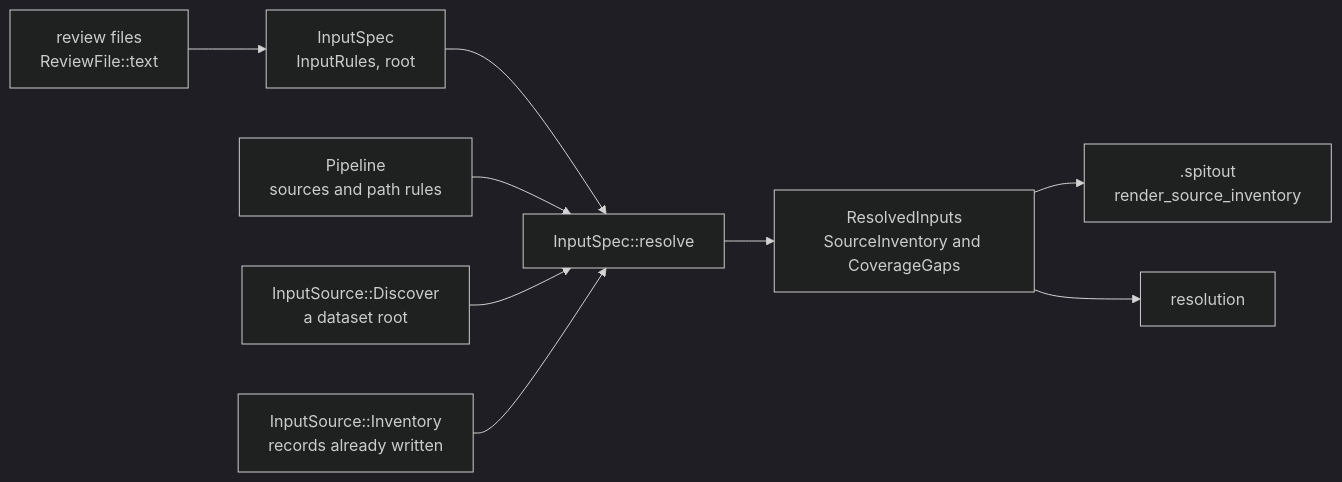
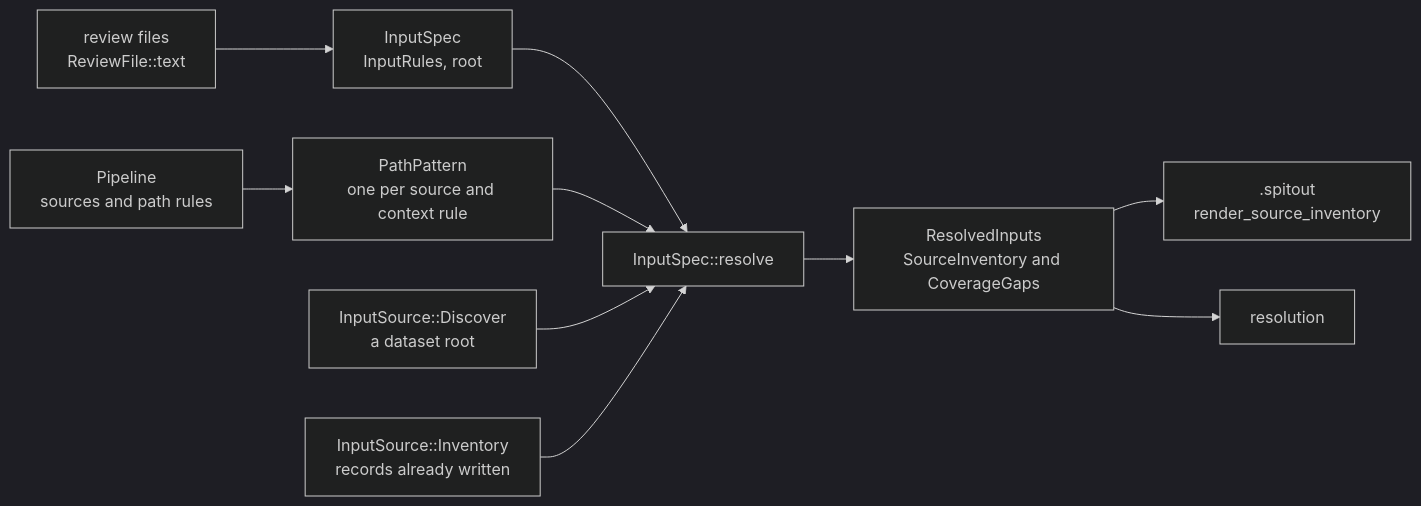
One commit to eclnz/spit changed the diagram in docs/architecture/inputs.md. Above: the diagram before and after it, drawn with Mermaid (dark theme). The commit also changed other lines of this file and 1 other file, not shown here.

Commit message:
Describe the compiled PathPattern in the binding and inputs pages
The binding and inputs pages described a product's path template as read
separately by binding and by discovery. Both now name PathPattern: binding.md
shows it feeding PathBinder, with render, match_path and Gap under Data, and
the round-trip invariant says both sides read one pattern. inputs.md shows it
compiled once per source, context and output rule, and lists the
value-character rule as an invariant with the test that checks it.

The speed check passed against a release build of 1cfa01b, and output on
every example is byte-for-byte the same (dag --json, check --json, inputs):

  pipeline, 2000 steps   check   --json   --hovers
    old                   16.4     16.7      34.2
    new                   16.4     16.4      34.1

  dataset, 1000 subjects  inputs    dag   check
    old                    75.9   149.1     3.5
    new                    74.5   149.4     3.4

````diff
--- a/docs/architecture/inputs.md
+++ b/docs/architecture/inputs.md
@@ -5,11 +5,12 @@
 ```mermaid
 flowchart LR
     spec["InputSpec<br/>InputRules, root"] --> resolve["InputSpec::resolve"]
     files["review files<br/>ReviewFile::text"] --> spec
-    pipeline["Pipeline<br/>sources and path rules"] --> resolve
+    pipeline["Pipeline<br/>sources and path rules"] --> pattern["PathPattern<br/>one per source and context rule"]
+    pattern --> resolve
     scan["InputSource::Discover<br/>a dataset root"] --> resolve
     records["InputSource::Inventory<br/>records already written"] --> resolve
     resolve --> resolved["ResolvedInputs<br/>SourceInventory and CoverageGaps"]
     resolved --> spitout[".spitout<br/>render_source_inventory"]
     resolved --> resolution["resolution"]
 ```
````
